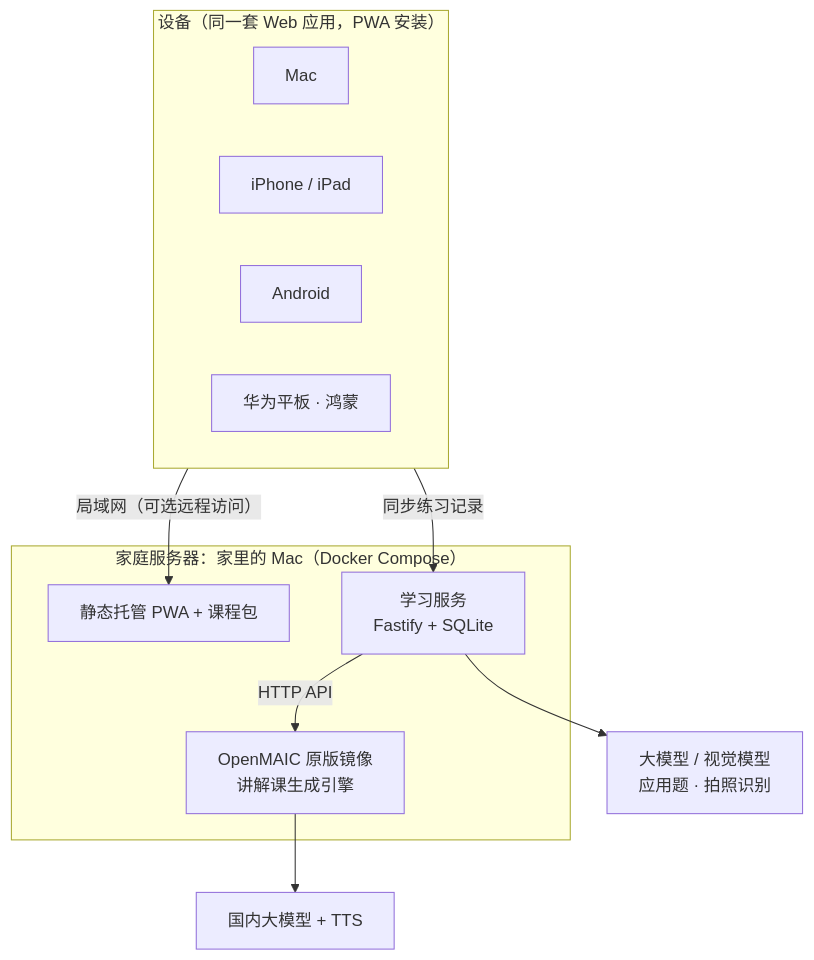
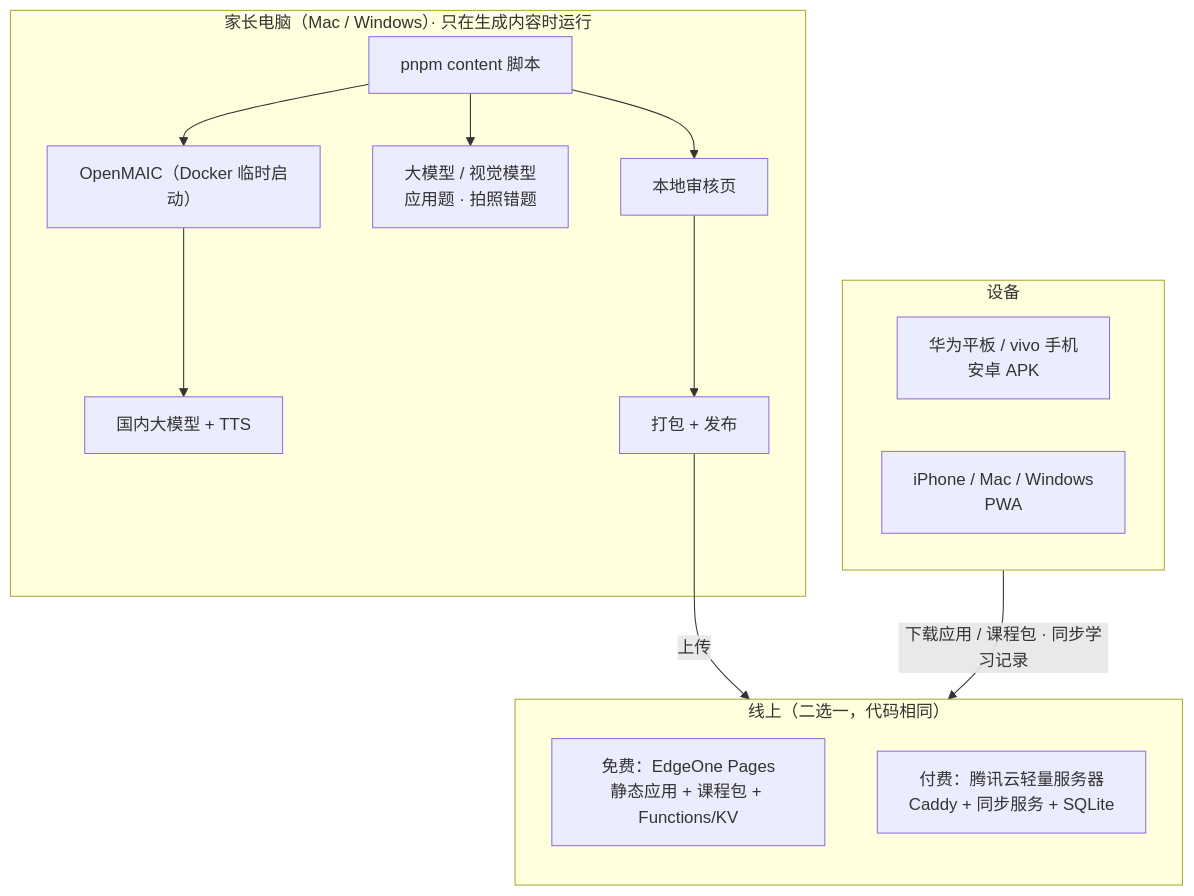
One commit to yinshujin/xuexi changed the third of 3 diagrams in docs/solution-plan.md. Above: the diagram before and after it, drawn with Mermaid. The commit also changed other lines of this file and 1 other file, not shown here.

````diff
--- a/docs/solution-plan.md
+++ b/docs/solution-plan.md
@@ -211,19 +211,25 @@
 ```mermaid
 flowchart TB
-  subgraph Devices["设备（同一套 Web 应用，PWA 安装）"]
-    M[Mac]
-    I[iPhone / iPad]
-    A[Android]
-    H[华为平板 · 鸿蒙]
+  subgraph Author["家长电脑（Mac / Windows）· 只在生成内容时运行"]
+    CLI["pnpm content 脚本"] --> OM["OpenMAIC（Docker 临时启动）"]
+    OM --> LLM[国内大模型 + TTS]
+    CLI --> LLM2[大模型 / 视觉模型<br/>应用题 · 拍照错题]
+    CLI --> REV[本地审核页]
+    REV --> PUB[打包 + 发布]
   end
-  subgraph Home["家庭服务器：家里的 Mac（Docker Compose）"]
-    WEB[静态托管 PWA + 课程包]
-    API["学习服务<br/>Fastify + SQLite"]
-    OM["OpenMAIC 原版镜像<br/>讲解课生成引擎"]
+
+  subgraph Host["线上（二选一，代码相同）"]
+    direction TB
+    S1["免费：EdgeOne Pages<br/>静态应用 + 课程包 + Functions/KV"]
+    S2["付费：腾讯云轻量服务器<br/>Caddy + 同步服务 + SQLite"]
   end
-  Devices -->|局域网（可选远程访问）| WEB
-  Devices -->|同步练习记录| API
-  API -->|HTTP API| OM
-  OM --> LLM[国内大模型 + TTS]
-  API --> LLM2[大模型 / 视觉模型<br/>应用题 · 拍照识别]
+
+  PUB -->|上传| Host
+
+  subgraph Devices["设备"]
+    AP["华为平板 / vivo 手机<br/>安卓 APK"]
+    PW["iPhone / Mac / Windows<br/>PWA"]
+  end
+
+  Devices -->|下载应用 / 课程包 · 同步学习记录| Host
 ```
````
